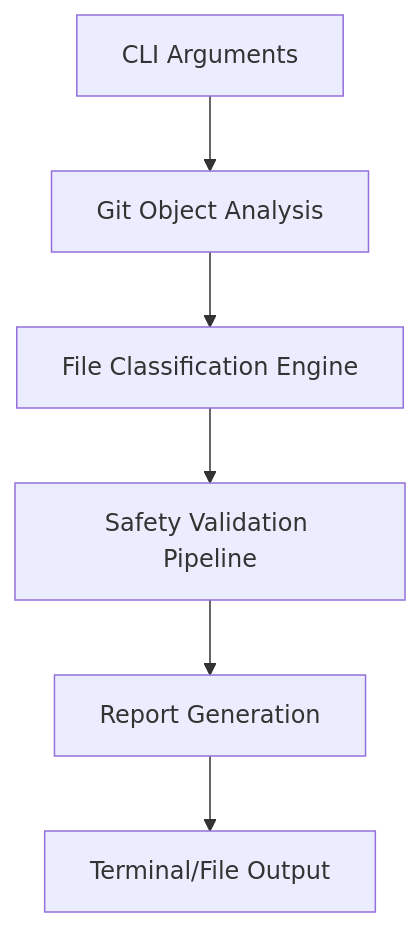
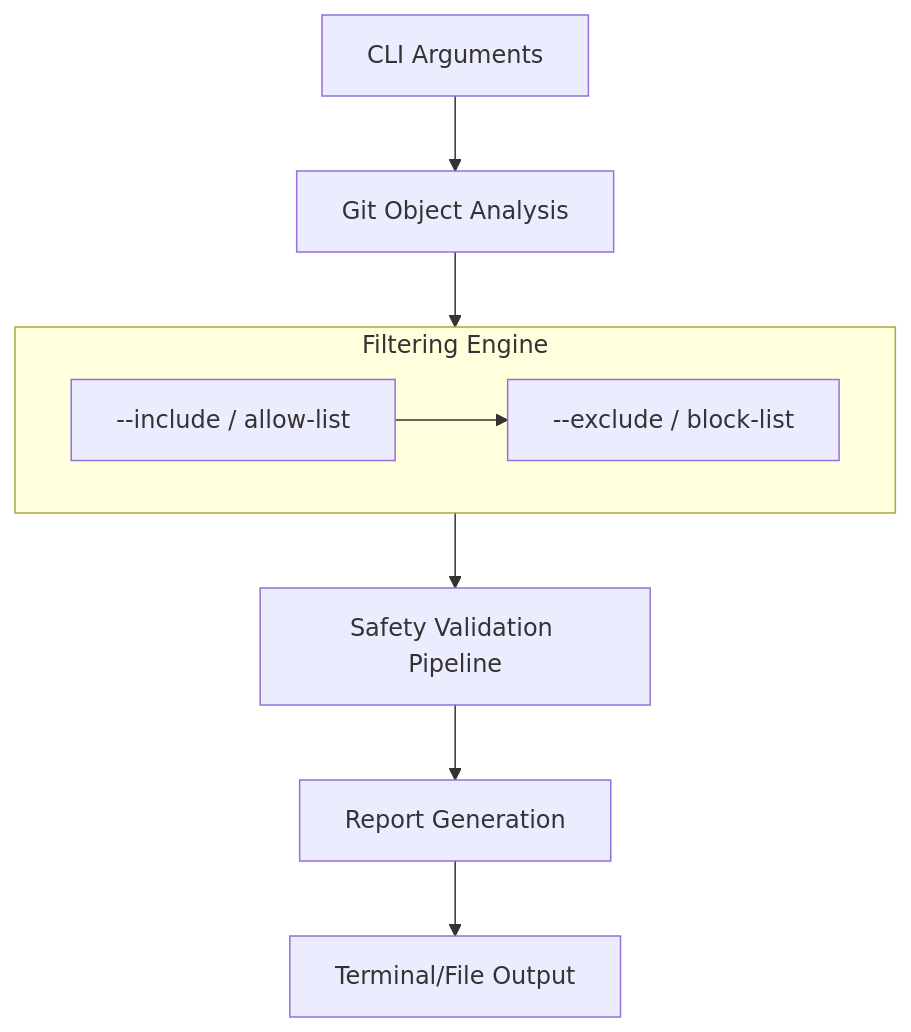
One commit to da2ce7/git-subtree-report changed the diagram in README.md. Above: the diagram before and after it, drawn with Mermaid. The commit also changed other lines of this file and 7 other files, not shown here.

````diff
--- a/README.md
+++ b/README.md
@@ -150,8 +164,12 @@
 ```mermaid
 graph TD
     A[CLI Arguments] --> B[Git Object Analysis]
-    B --> C[File Classification Engine]
+    B --> C{Filtering Engine}
+    subgraph C [Filtering Engine]
+      direction LR
+      C1[--include / allow-list] --> C2[--exclude / block-list]
+    end
     C --> D[Safety Validation Pipeline]
     D --> E[Report Generation]
     E --> F[Terminal/File Output]
 ```
````
